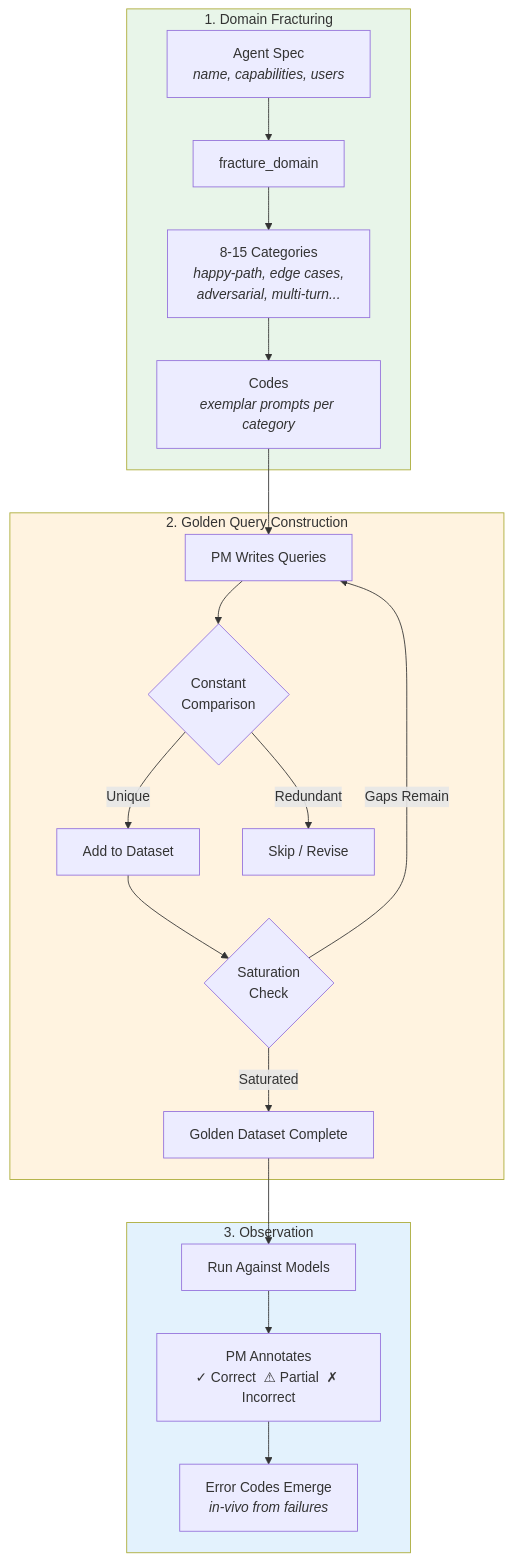
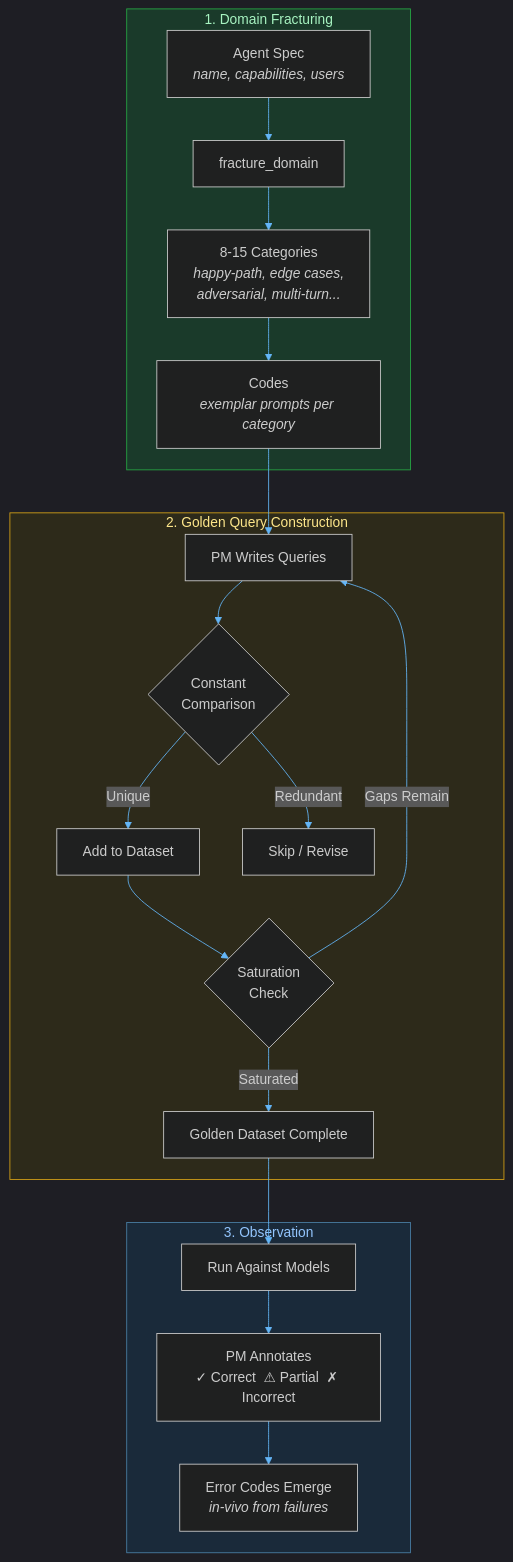
Before and after one commit to aws-samples/sample-GEDD: the third of 8 diagrams in README.md, drawn with Mermaid. The commit also changed other lines of this file, not shown here.

First line of the commit message:
docs: fix Mermaid diagrams for dark background rendering

````diff
--- a/README.md
+++ b/README.md
@@ -86,28 +89,29 @@
 ```mermaid
+%%{init: {'theme': 'dark', 'themeVariables': {'primaryColor': '#1e3a5f', 'primaryTextColor': '#e2e8f0', 'primaryBorderColor': '#4a7fa5', 'lineColor': '#64b5f6', 'secondaryColor': '#1a3a2a', 'tertiaryColor': '#2d2a1a'}}}%%
 flowchart TD
     subgraph Fracture["1. Domain Fracturing"]
         AS[Agent Spec<br/><i>name, capabilities, users</i>] --> FD[fracture_domain]
         FD --> CAT[8-15 Categories<br/><i>happy-path, edge cases,<br/>adversarial, multi-turn...</i>]
         CAT --> CODES[Codes<br/><i>exemplar prompts per category</i>]
     end
 
     subgraph Golden["2. Golden Query Construction"]
         CODES --> GQ[PM Writes Queries]
         GQ --> CC{Constant<br/>Comparison}
         CC -->|Unique| ADD[Add to Dataset]
         CC -->|Redundant| SKIP[Skip / Revise]
         ADD --> SAT{Saturation<br/>Check}
         SAT -->|Gaps Remain| GQ
         SAT -->|Saturated| DONE[Golden Dataset Complete]
     end
 
     subgraph Observe["3. Observation"]
         DONE --> EVAL[Run Against Models]
         EVAL --> ANN[PM Annotates<br/>✓ Correct  ⚠ Partial  ✗ Incorrect]
         ANN --> ERR[Error Codes Emerge<br/><i>in-vivo from failures</i>]
     end
 
-    style Fracture fill:#e8f5e9
-    style Golden fill:#fff3e0
-    style Observe fill:#e3f2fd
+    style Fracture fill:#1a3a2a,stroke:#27a644,color:#a7f3c1
+    style Golden fill:#2d2a1a,stroke:#d4a017,color:#fde68a
+    style Observe fill:#1a2a3a,stroke:#4a7fa5,color:#93c5fd
 ```
````
